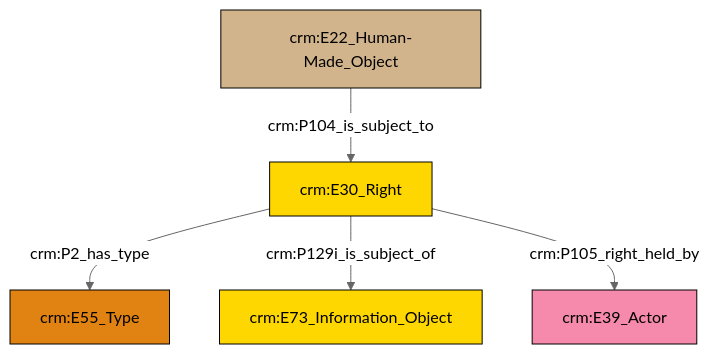
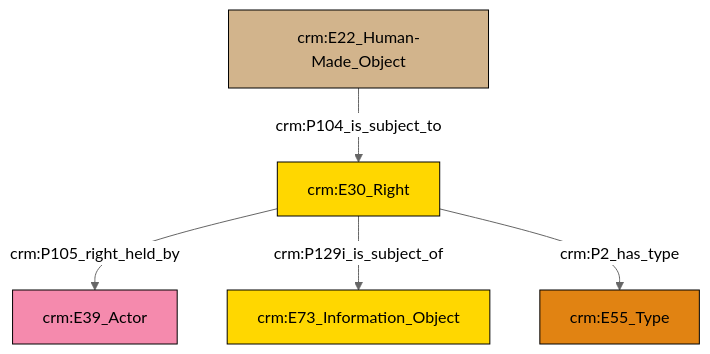
The diagram in et/carrierCSV/ttl/mmd/carrier_rights.ttl.mmd (swiss-art-research-net/docs.swissartresearch), drawn with Mermaid (neutral theme) before and after one commit. The commit also changed 178 other files, not shown here.

```diff
--- a/et/carrierCSV/ttl/mmd/carrier_rights.ttl.mmd
+++ b/et/carrierCSV/ttl/mmd/carrier_rights.ttl.mmd
@@ -1,19 +1,19 @@
 graph TD
 classDef Literal fill:#f2f2f2,stroke:#000000;
 classDef CRM_Entity fill:#FFFFFF,stroke:#000000;
 classDef Temporal_Entity fill:#00C9E6, stroke:#000000;
 classDef Type fill:#E18312, stroke:#000000;
 classDef Time-Span fill:#2C9C91, stroke:#000000;
 classDef Appellation fill:#FFEB7F, stroke:#000000;
 classDef Place fill:#008836, stroke:#000000;
 classDef Persistent_Item fill:#B266B2, stroke:#000000;
 classDef Conceptual_Object fill:#FFD700, stroke:#000000;
 classDef Physical_Thing fill:#D2B48C, stroke:#000000;
 classDef Actor fill:#f58aad, stroke:#000000;
 classDef PC_Classes fill:#4ce600, stroke:#000000;
 classDef Multi fill:#cccccc,stroke:#000000;
 
-0["crm:E22_Human-Made_Object"]:::Physical_Thing -->|crm:P104_is_subject_to| 1["crm:E30_Right"]:::Conceptual_Object
-1["crm:E30_Right"]:::Conceptual_Object -->|crm:P2_has_type| 4["crm:E55_Type"]:::Type
-1["crm:E30_Right"]:::Conceptual_Object -->|crm:P129i_is_subject_of| 2["crm:E73_Information_Object"]:::Conceptual_Object
-1["crm:E30_Right"]:::Conceptual_Object -->|crm:P105_right_held_by| 6["crm:E39_Actor"]:::Actor
+0["crm:E30_Right"]:::Conceptual_Object -->|crm:P105_right_held_by| 1["crm:E39_Actor"]:::Actor
+2["crm:E22_Human-Made_Object"]:::Physical_Thing -->|crm:P104_is_subject_to| 0["crm:E30_Right"]:::Conceptual_Object
+0["crm:E30_Right"]:::Conceptual_Object -->|crm:P129i_is_subject_of| 3["crm:E73_Information_Object"]:::Conceptual_Object
+0["crm:E30_Right"]:::Conceptual_Object -->|crm:P2_has_type| 5["crm:E55_Type"]:::Type
```
